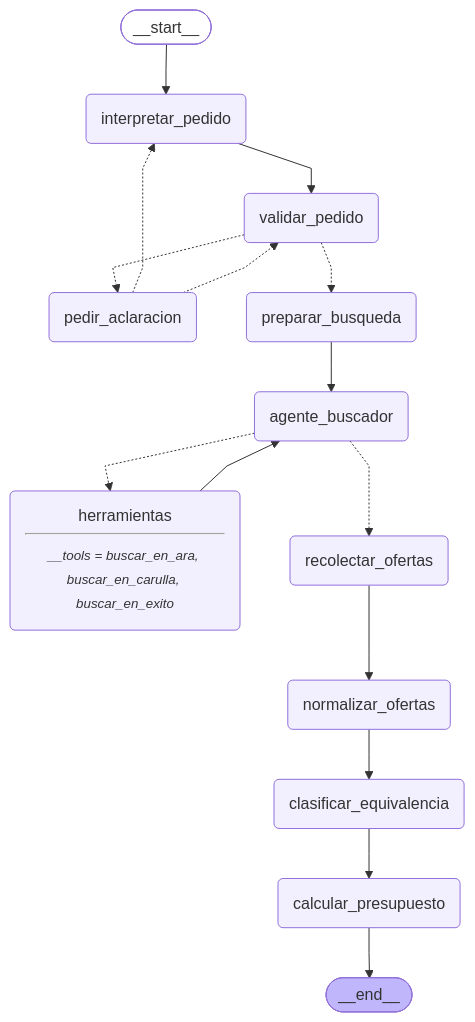
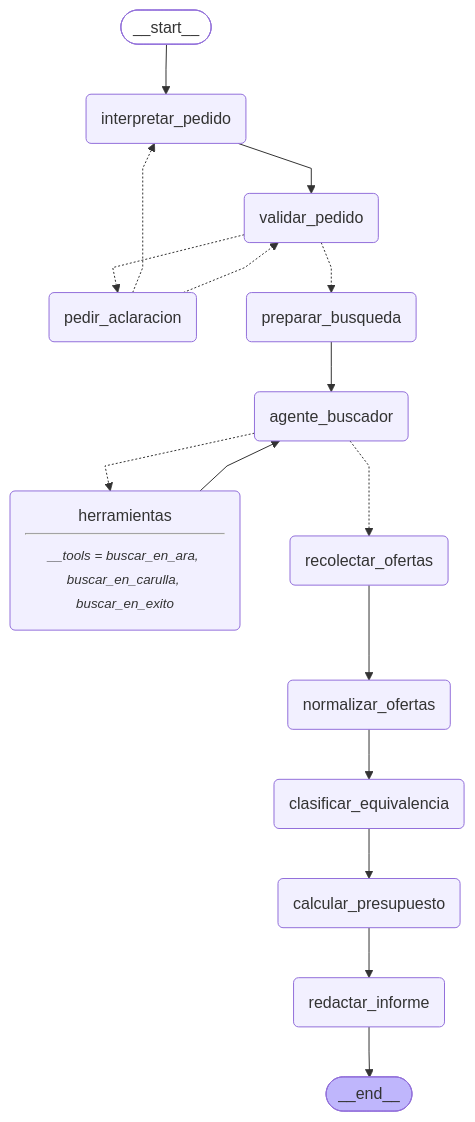
One commit to papiarcacamilo/purchasing-agent- changed the diagram in docs/grafo.mmd. Above: the diagram before and after it, drawn with Mermaid. The commit also changed 96 other files, not shown here.

```diff
--- a/docs/grafo.mmd
+++ b/docs/grafo.mmd
@@ -1,35 +1,37 @@
 ---
 config:
   flowchart:
     curve: linear
 ---
 graph TD;
 	__start__([<p>__start__</p>]):::first
 	interpretar_pedido(interpretar_pedido)
 	validar_pedido(validar_pedido)
 	pedir_aclaracion(pedir_aclaracion)
 	preparar_busqueda(preparar_busqueda)
 	agente_buscador(agente_buscador)
 	herramientas(herramientas<hr/><small><em>__tools = buscar_en_ara, buscar_en_carulla, buscar_en_exito</em></small>)
 	recolectar_ofertas(recolectar_ofertas)
 	normalizar_ofertas(normalizar_ofertas)
 	clasificar_equivalencia(clasificar_equivalencia)
 	calcular_presupuesto(calcular_presupuesto)
+	redactar_informe(redactar_informe)
 	__end__([<p>__end__</p>]):::last
 	__start__ --> interpretar_pedido;
 	agente_buscador -.-> herramientas;
 	agente_buscador -.-> recolectar_ofertas;
+	calcular_presupuesto --> redactar_informe;
 	clasificar_equivalencia --> calcular_presupuesto;
 	herramientas --> agente_buscador;
 	interpretar_pedido --> validar_pedido;
 	normalizar_ofertas --> clasificar_equivalencia;
 	pedir_aclaracion -.-> interpretar_pedido;
 	pedir_aclaracion -.-> validar_pedido;
 	preparar_busqueda --> agente_buscador;
 	recolectar_ofertas --> normalizar_ofertas;
 	validar_pedido -.-> pedir_aclaracion;
 	validar_pedido -.-> preparar_busqueda;
-	calcular_presupuesto --> __end__;
+	redactar_informe --> __end__;
 	classDef default fill:#f2f0ff,line-height:1.2
 	classDef first fill-opacity:0
 	classDef last fill:#bfb6fc
```
